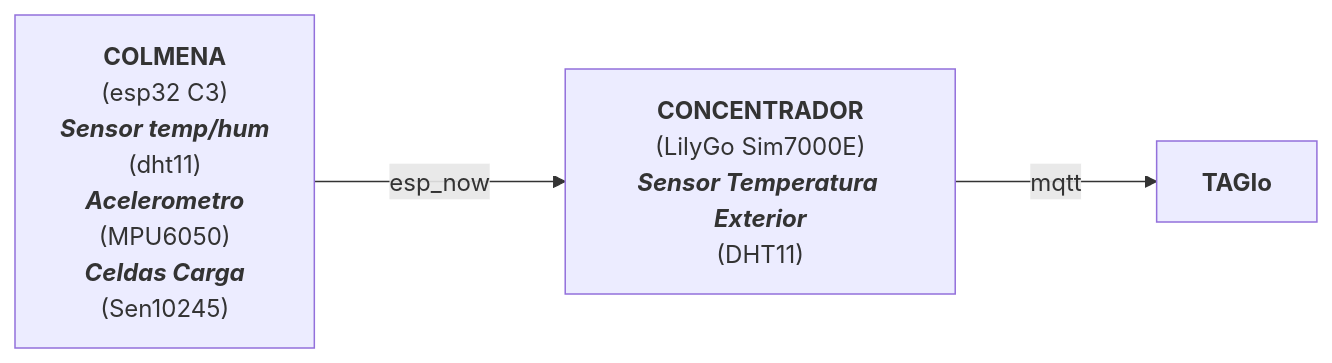
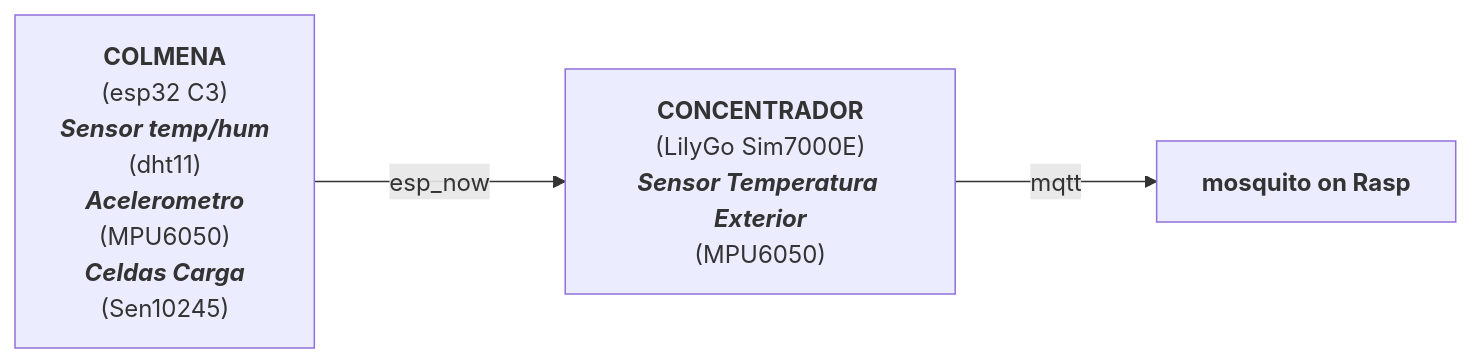
One commit to superpanceta/myBeeMon changed the second of 6 diagrams in Readme.md. Above: the diagram before and after it, drawn with Mermaid. The commit also changed other lines of this file and 16 other files, not shown here.

````diff
--- a/Readme.md
+++ b/Readme.md
@@ -45,18 +47,18 @@
 ```mermaid
 flowchart LR
     colmenas["` **COLMENA**
     (esp32 C3)
     ***Sensor temp/hum***
     (dht11)
     ***Acelerometro***
      (MPU6050)
     ***Celdas Carga***
     (Sen10245)`"]
     concentrador["`**CONCENTRADOR**
     (LilyGo Sim7000E)
     ***Sensor Temperatura Exterior***
-    (DHT11)`"]
-    receptor["` **TAGIo**`"]
+    (MPU6050)`"]
+    receptor["` **mosquito on Rasp**`"]
     colmenas -- esp_now ---> concentrador -- mqtt ---> receptor
     
 ```
````
